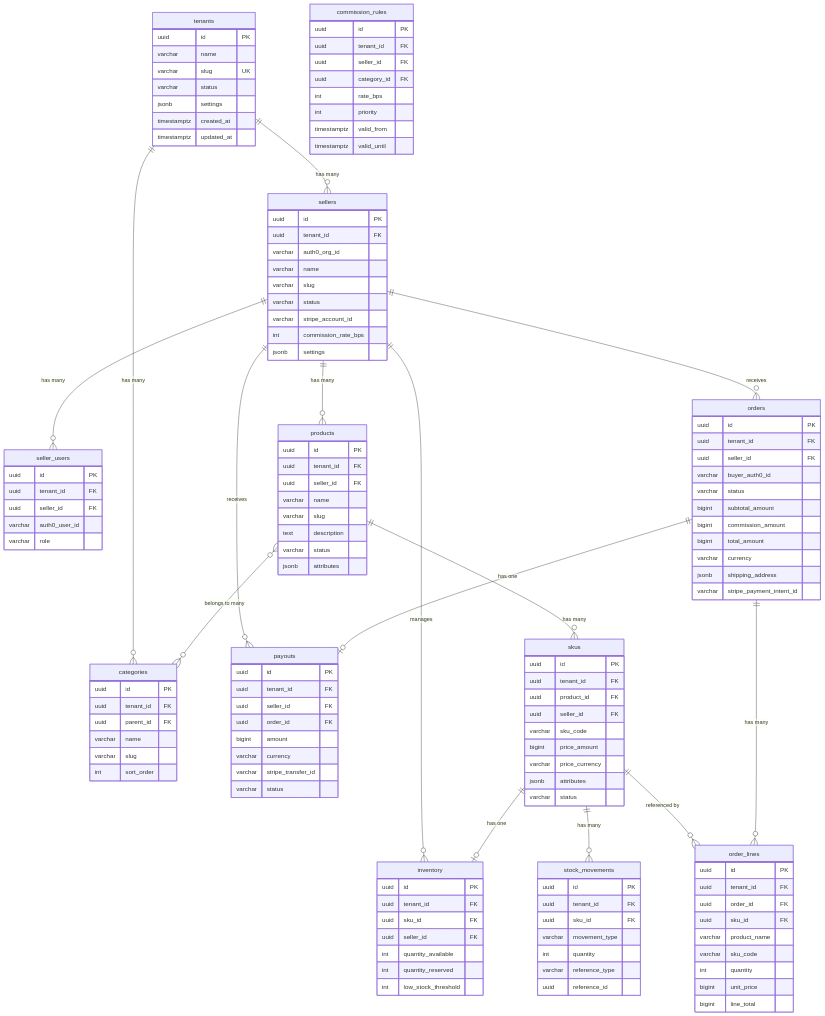
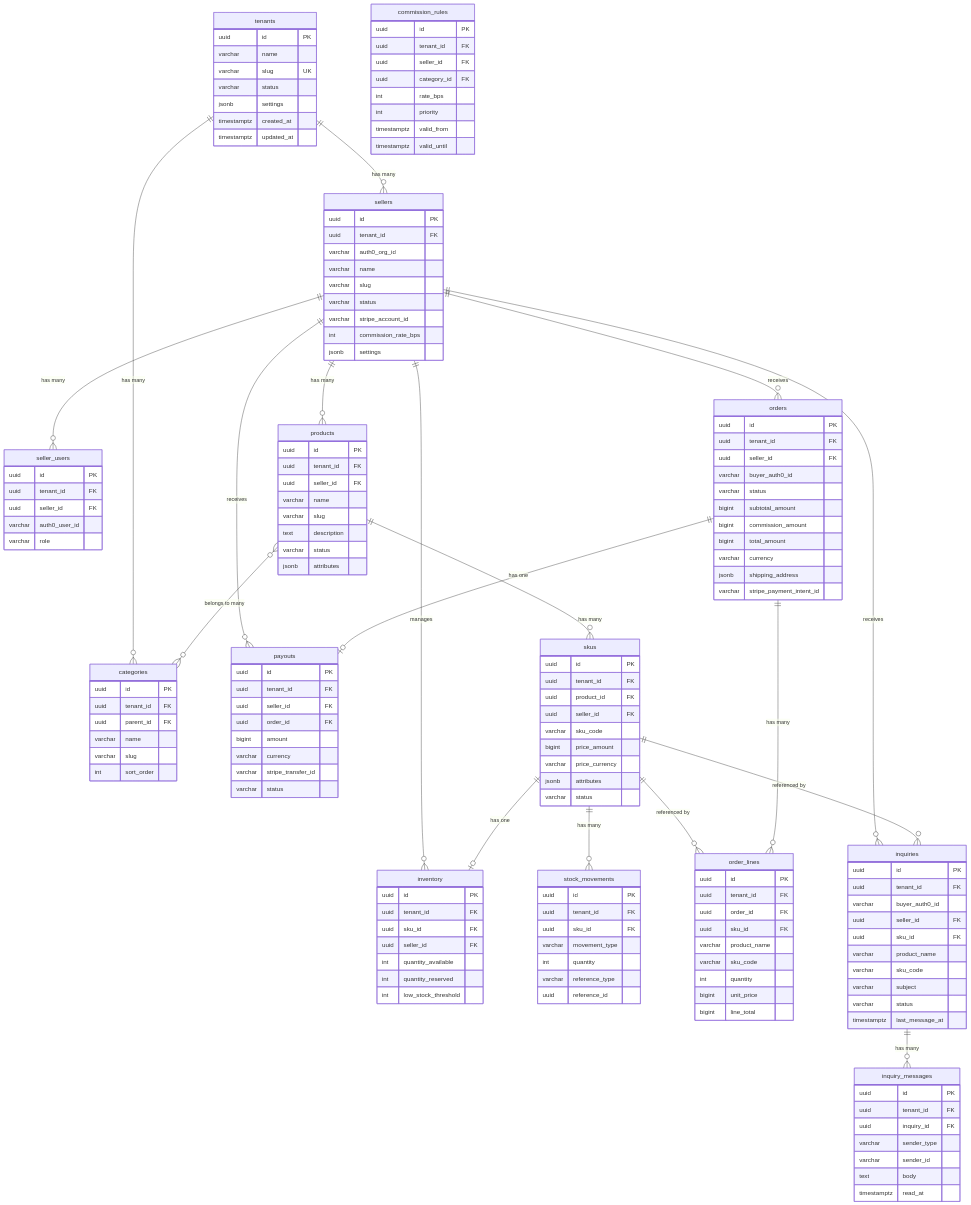
One commit to rick2200-dev/ec-test changed the first of 2 diagrams in docs/architecture.md. Above: the diagram before and after it, drawn with Mermaid. The commit also changed other lines of this file and 96 other files, not shown here.

First line of the commit message:
feat: add buyer-seller inquiry messaging for purchased SKUs (#28)

````diff
--- a/docs/architecture.md
+++ b/docs/architecture.md
@@ -158,6 +162,9 @@
     skus ||--o{ order_lines : "referenced by"
     orders ||--o{ order_lines : "has many"
     orders ||--o| payouts : "has one"
+    sellers ||--o{ inquiries : "receives"
+    skus ||--o{ inquiries : "referenced by"
+    inquiries ||--o{ inquiry_messages : "has many"
 
     tenants {
         uuid id PK
@@ -288,4 +295,27 @@
         varchar stripe_transfer_id
         varchar status
     }
+
+    inquiries {
+        uuid id PK
+        uuid tenant_id FK
+        varchar buyer_auth0_id
+        uuid seller_id FK
+        uuid sku_id FK
+        varchar product_name
+        varchar sku_code
+        varchar subject
+        varchar status
+        timestamptz last_message_at
+    }
+
+    inquiry_messages {
+        uuid id PK
+        uuid tenant_id FK
+        uuid inquiry_id FK
+        varchar sender_type
+        varchar sender_id
+        text body
+        timestamptz read_at
+    }
 ```
````
